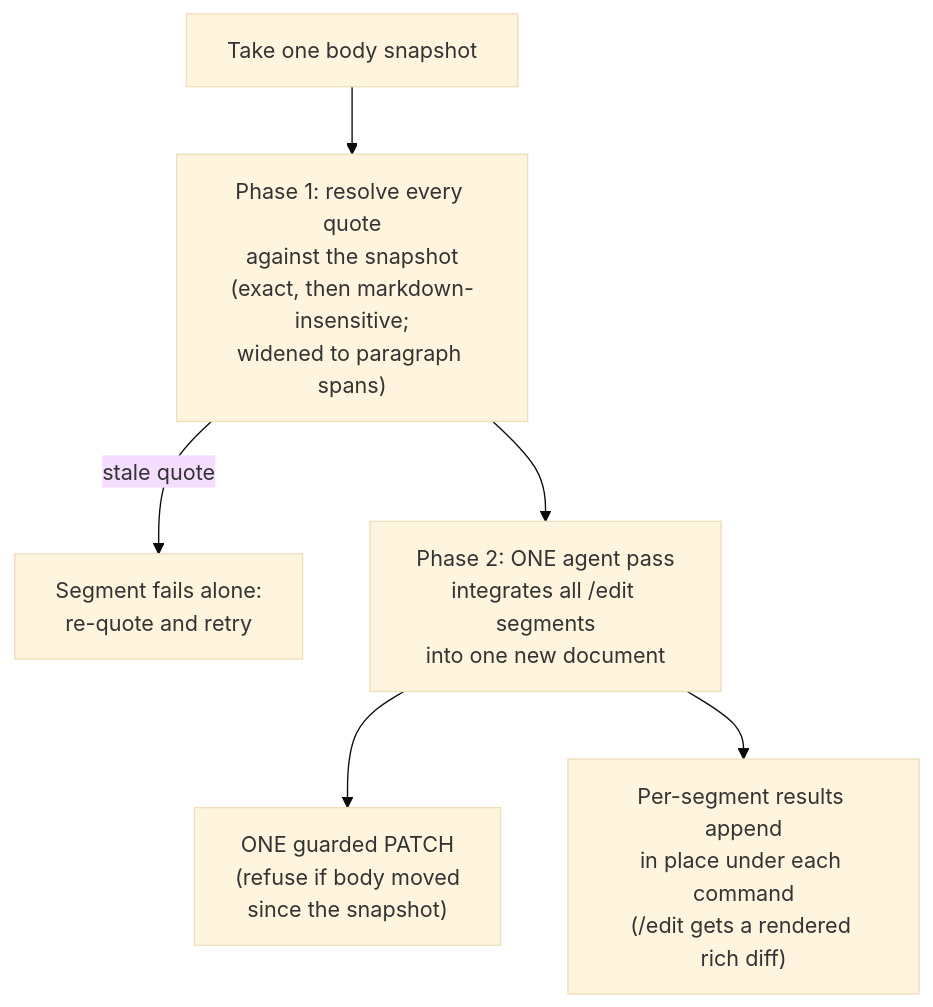
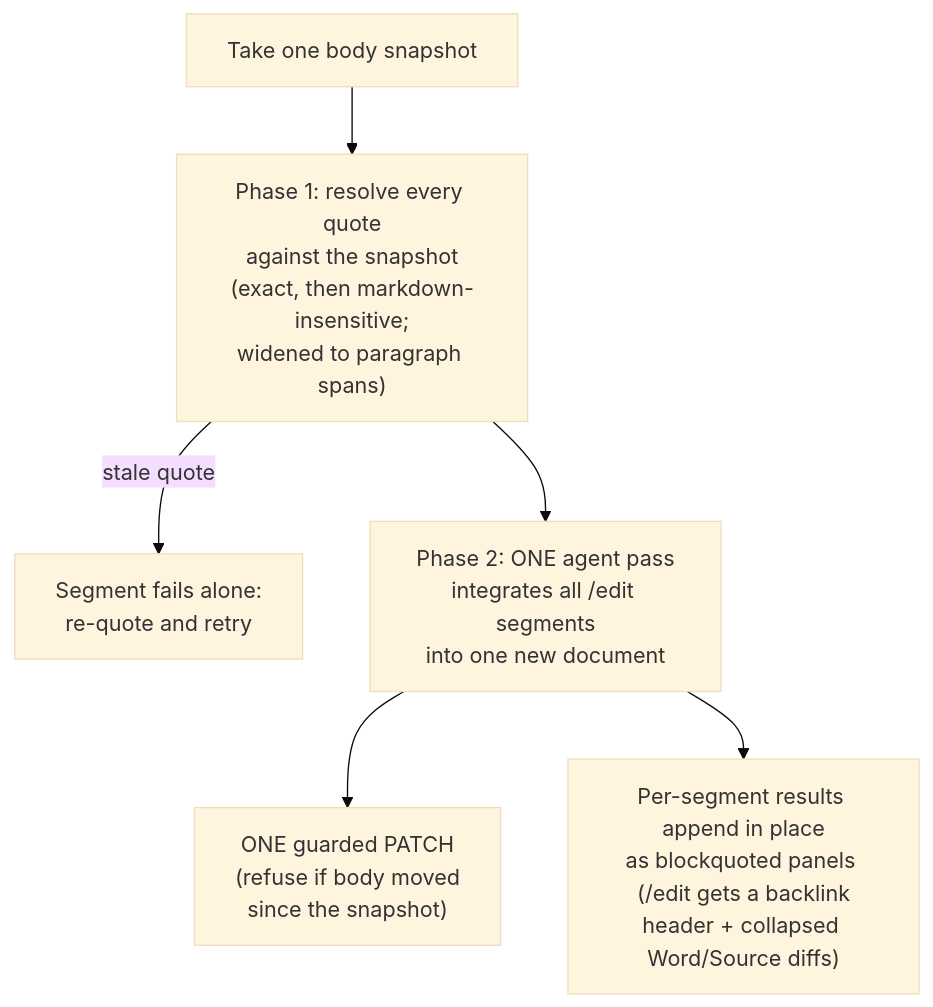
One commit to d3mlabs/ai-flow changed the fourth of 5 diagrams in docs/architecture.md. Above: the diagram before and after it, drawn with Mermaid (base theme). The commit also changed other lines of this file and 7 other files, not shown here.

First line of the commit message:
Collapse /edit rich diffs into a blockquoted result panel

````diff
--- a/docs/architecture.md
+++ b/docs/architecture.md
@@ -149,8 +149,8 @@
 ```mermaid
 flowchart TD
     snapshot["Take one body snapshot"] --> resolve["Phase 1: resolve every quote<br/>against the snapshot<br/>(exact, then markdown-insensitive;<br/>widened to paragraph spans)"]
     resolve -->|stale quote| staleResult["Segment fails alone:<br/>re-quote and retry"]
     resolve --> agentPass["Phase 2: ONE agent pass<br/>integrates all /edit segments<br/>into one new document"]
     agentPass --> patch["ONE guarded PATCH<br/>(refuse if body moved<br/>since the snapshot)"]
-    agentPass --> results["Per-segment results append<br/>in place under each command<br/>(/edit gets a rendered rich diff)"]
+    agentPass --> results["Per-segment results append in place<br/>as blockquoted panels (/edit gets a backlink<br/>header + collapsed Word/Source diffs)"]
 ```
````
